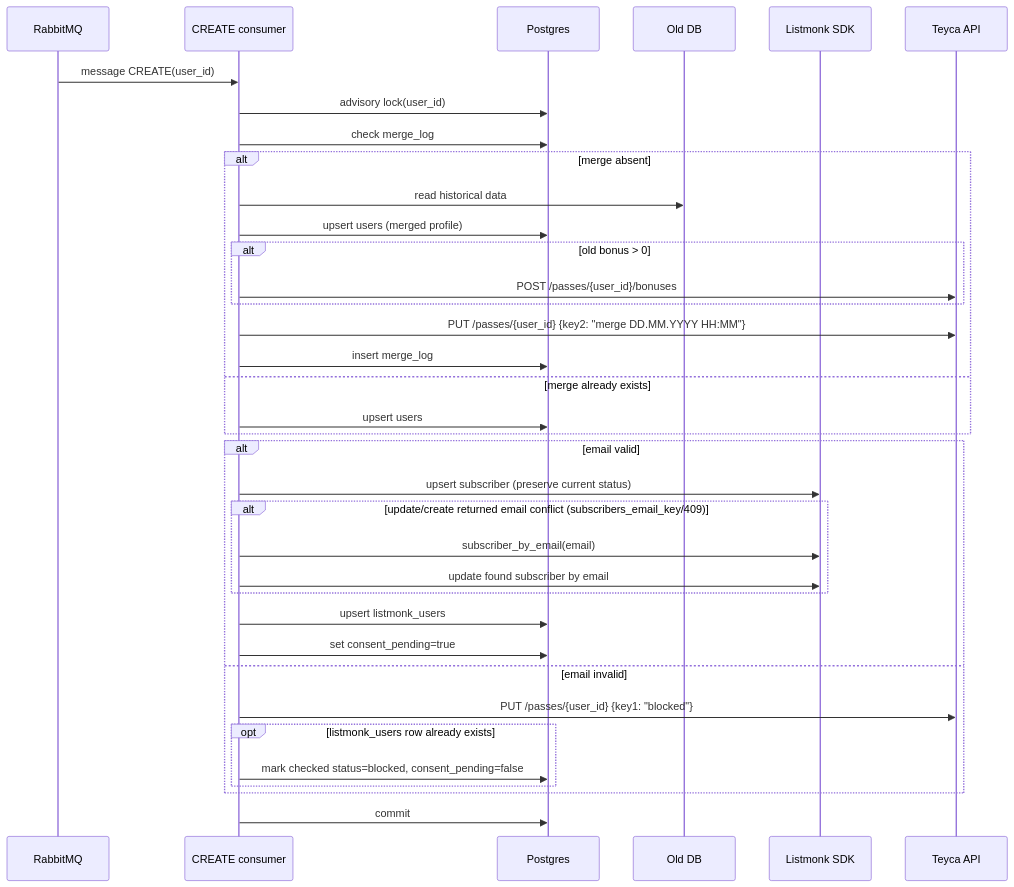
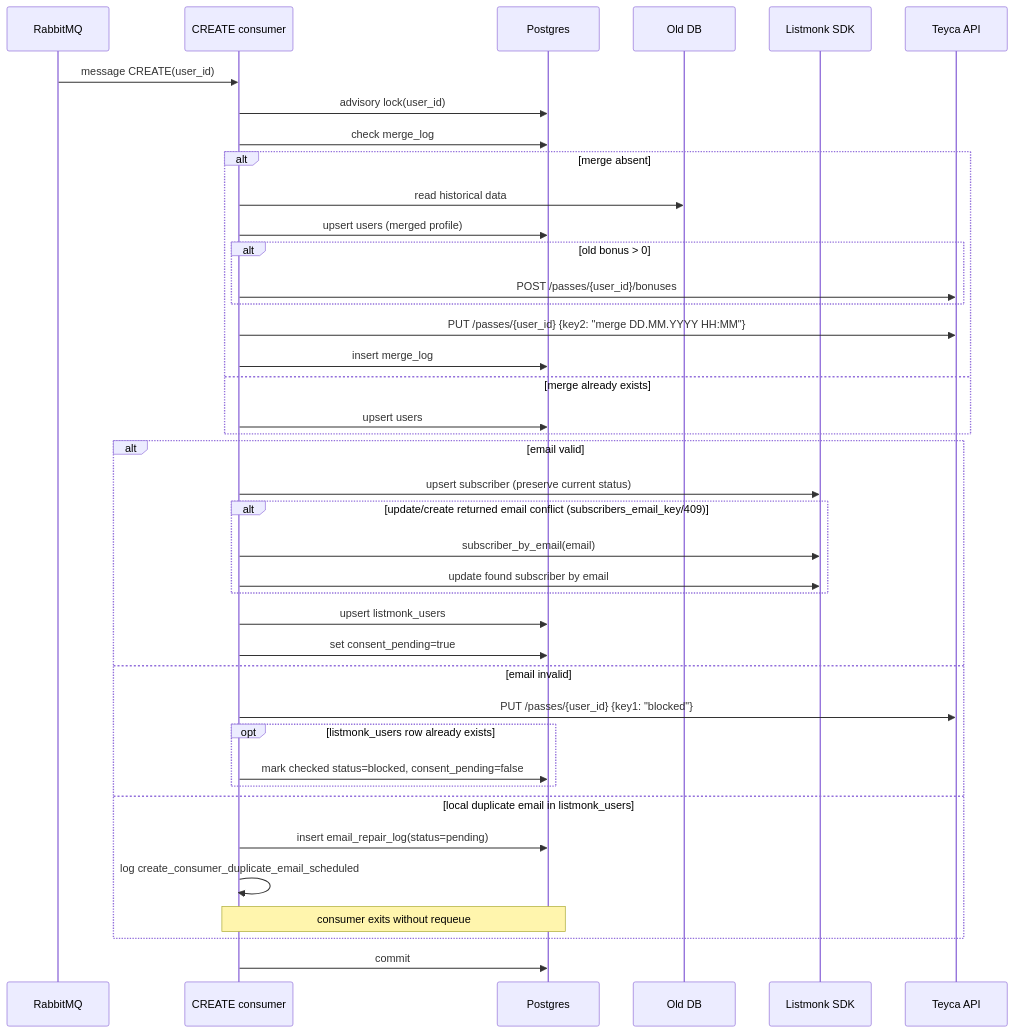
The second of 7 diagrams in docs/current-runtime-flow.md (Nikita-Silent/teyca-sync), drawn with Mermaid before and after one commit. The commit also changed other lines of this file and 26 other files, not shown here.

````diff
--- a/docs/current-runtime-flow.md
+++ b/docs/current-runtime-flow.md
@@ -44,39 +48,43 @@
 ```mermaid
 sequenceDiagram
     participant RMQ as RabbitMQ
     participant C as CREATE consumer
     participant DB as Postgres
     participant ODB as Old DB
     participant LM as Listmonk SDK
     participant TY as Teyca API
 
     RMQ->>C: message CREATE(user_id)
     C->>DB: advisory lock(user_id)
     C->>DB: check merge_log
     alt merge absent
         C->>ODB: read historical data
         C->>DB: upsert users (merged profile)
         alt old bonus > 0
             C->>TY: POST /passes/{user_id}/bonuses
         end
         C->>TY: PUT /passes/{user_id} {key2: "merge DD.MM.YYYY HH:MM"}
         C->>DB: insert merge_log
     else merge already exists
         C->>DB: upsert users
     end
     alt email valid
         C->>LM: upsert subscriber (preserve current status)
         alt update/create returned email conflict (subscribers_email_key/409)
             C->>LM: subscriber_by_email(email)
             C->>LM: update found subscriber by email
         end
         C->>DB: upsert listmonk_users
         C->>DB: set consent_pending=true
     else email invalid
         C->>TY: PUT /passes/{user_id} {key1: "blocked"}
         opt listmonk_users row already exists
             C->>DB: mark checked status=blocked, consent_pending=false
         end
+    else local duplicate email in listmonk_users
+        C->>DB: insert email_repair_log(status=pending)
+        C->>C: log create_consumer_duplicate_email_scheduled
+        Note over C,DB: consumer exits without requeue
     end
     C->>DB: commit
 ```
````
